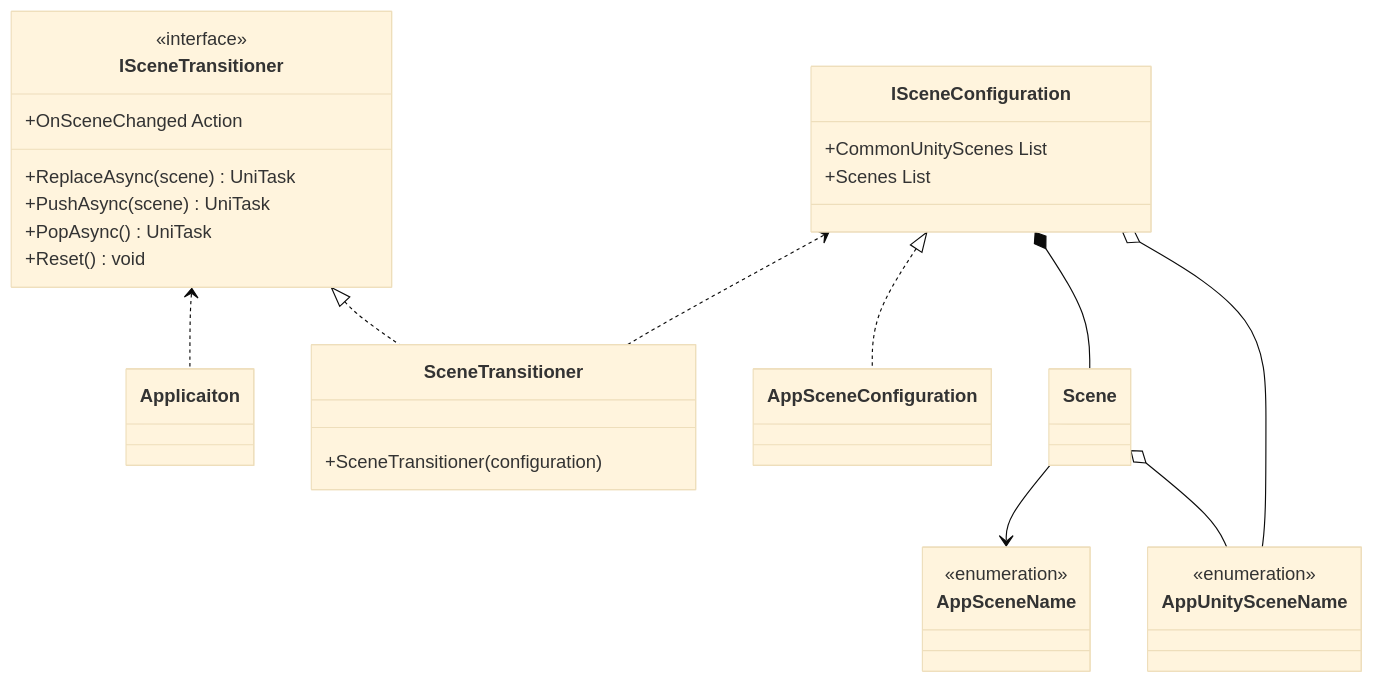
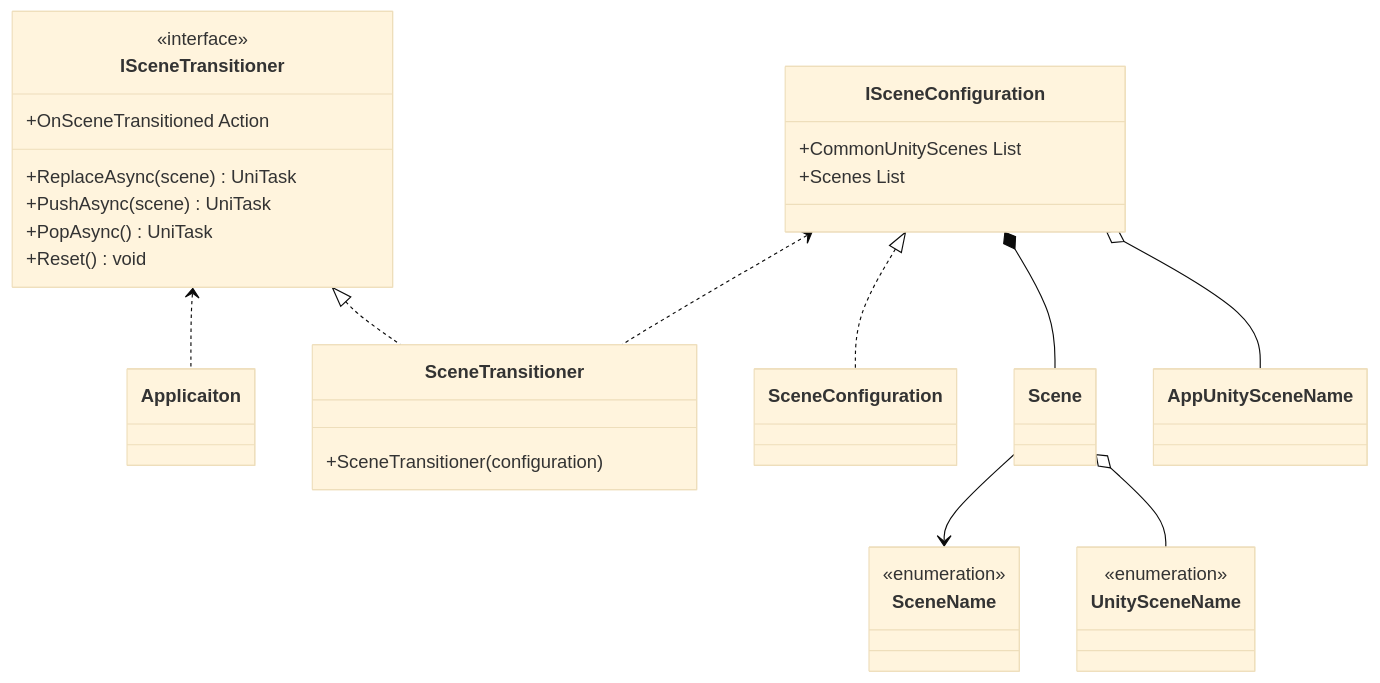
Before and after one commit to extreal-dev/Extreal.Guide: the first of 2 diagrams in docs/core/scene-transition.md, drawn with Mermaid (base theme). The commit also changed other lines of this file, not shown here.

````diff
--- a/docs/core/scene-transition.md
+++ b/docs/core/scene-transition.md
@@ -29,47 +28,47 @@
 ```mermaid
 classDiagram
 
     ISceneTransitioner <.. Applicaiton
     ISceneTransitioner <|.. SceneTransitioner
     ISceneConfiguration <.. SceneTransitioner
-    ISceneConfiguration <|.. AppSceneConfiguration
+    ISceneConfiguration <|.. SceneConfiguration
     ISceneConfiguration *-- Scene
     ISceneConfiguration o-- AppUnitySceneName
-    Scene --> AppSceneName
-    Scene o-- AppUnitySceneName
+    Scene --> SceneName
+    Scene o-- UnitySceneName
 
     class Applicaiton {
     }
 
-    class AppSceneName {
+    class SceneName {
         <<enumeration>>
     }
 
-    class AppUnitySceneName {
+    class UnitySceneName {
         <<enumeration>>
     }
 
-    class AppSceneConfiguration {
+    class SceneConfiguration {
     }
 
     class ISceneTransitioner {
         <<interface>>
-        +OnSceneChanged Action
+        +OnSceneTransitioned Action
         +ReplaceAsync(scene) UniTask
         +PushAsync(scene) UniTask
         +PopAsync() UniTask
         +Reset() void
     }
 
     class ISceneConfiguration {
         +CommonUnityScenes List
         +Scenes List
     }
 
     class Scene {
     }
 
     class SceneTransitioner {
         +SceneTransitioner(configuration)
     }
 ```
````
